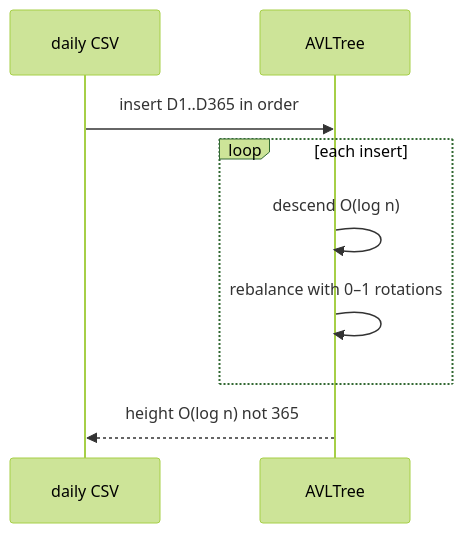
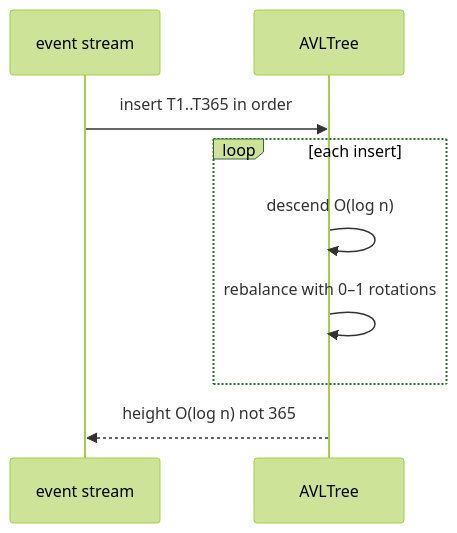
One commit to qgjones9/python-programming-guide changed the fourth of 5 diagrams in docs/dsa/data-structures/avl-tree/index.md. Above: the diagram before and after it, drawn with Mermaid (forest theme). The commit also changed other lines of this file and 31 other files, not shown here.

````diff
--- a/docs/dsa/data-structures/avl-tree/index.md
+++ b/docs/dsa/data-structures/avl-tree/index.md
@@ -376,11 +376,11 @@
 ```mermaid
 sequenceDiagram
-  participant Feed as daily CSV
-  participant AVL as AVLTree
-  Feed->>AVL: insert D1..D365 in order
-  loop each insert
-    AVL->>AVL: descend O(log n)
-    AVL->>AVL: rebalance with 0–1 rotations
-  end
-  AVL-->>Feed: height O(log n) not 365
+ participant Feed as event stream
+ participant AVL as AVLTree
+ Feed->>AVL: insert T1..T365 in order
+ loop each insert
+ AVL->>AVL: descend O(log n)
+ AVL->>AVL: rebalance with 0–1 rotations
+ end
+ AVL-->>Feed: height O(log n) not 365
 ```
````
